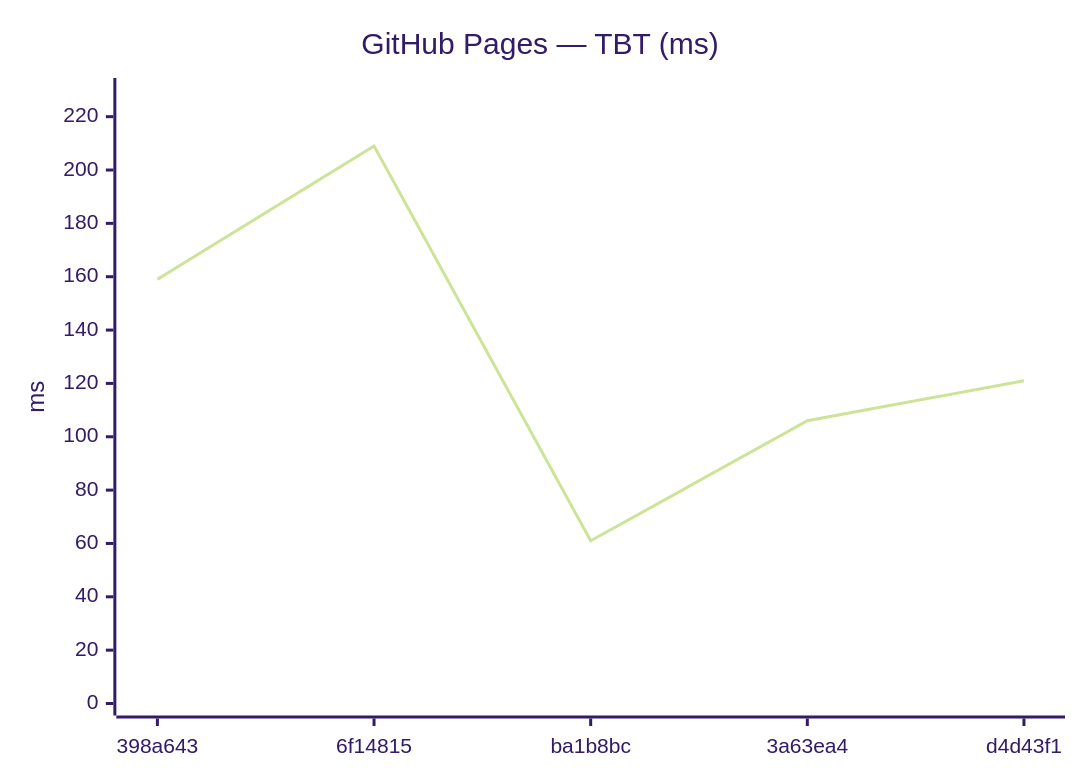
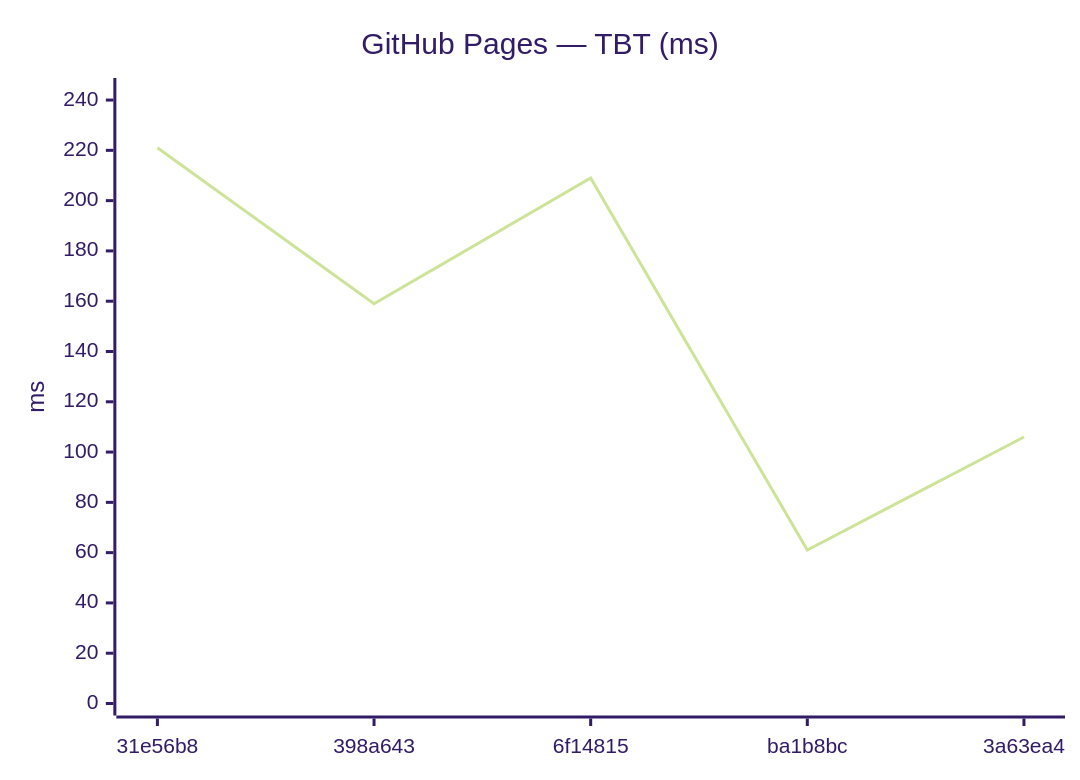
One commit to Metaheurist/Rianell changed the tenth of 18 diagrams in benchmarks/compare.md. Above: the diagram before and after it, drawn with Mermaid (forest theme). The commit also changed other lines of this file and 11 other files, not shown here.

````diff
--- a/benchmarks/compare.md
+++ b/benchmarks/compare.md
@@ -149,7 +149,7 @@
 ```mermaid
 xychart-beta
     title "GitHub Pages — TBT (ms)"
-    x-axis ["398a643", "6f14815", "ba1b8bc", "3a63ea4", "d4d43f1"]
-    y-axis "ms" 0 --> 230
-    line [159, 209, 61, 106, 121]
+    x-axis ["31e56b8", "398a643", "6f14815", "ba1b8bc", "3a63ea4"]
+    y-axis "ms" 0 --> 244
+    line [221, 159, 209, 61, 106]
 ```
````
